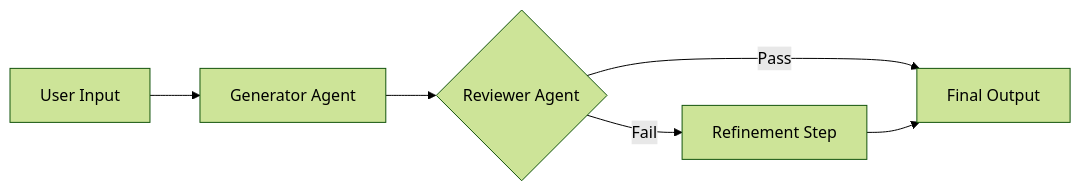
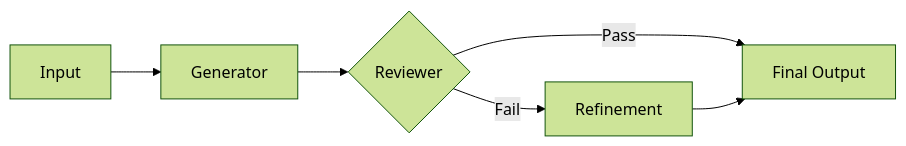
One commit to AbhinavKumar0000/Hiring-Assigment-Eklavya changed the diagram in README.md. Above: the diagram before and after it, drawn with Mermaid (forest theme). The commit also changed other lines of this file, not shown here.

````diff
--- a/README.md
+++ b/README.md
@@ -28,8 +23,8 @@
 ```mermaid
 graph LR
-    A[User Input] --> B[Generator Agent]
-    B --> C{Reviewer Agent}
+    A[Input] --> B[Generator]
+    B --> C{Reviewer}
     C -- Pass --> D[Final Output]
-    C -- Fail --> E[Refinement Step]
+    C -- Fail --> E[Refinement]
     E --> D
 ```
````
